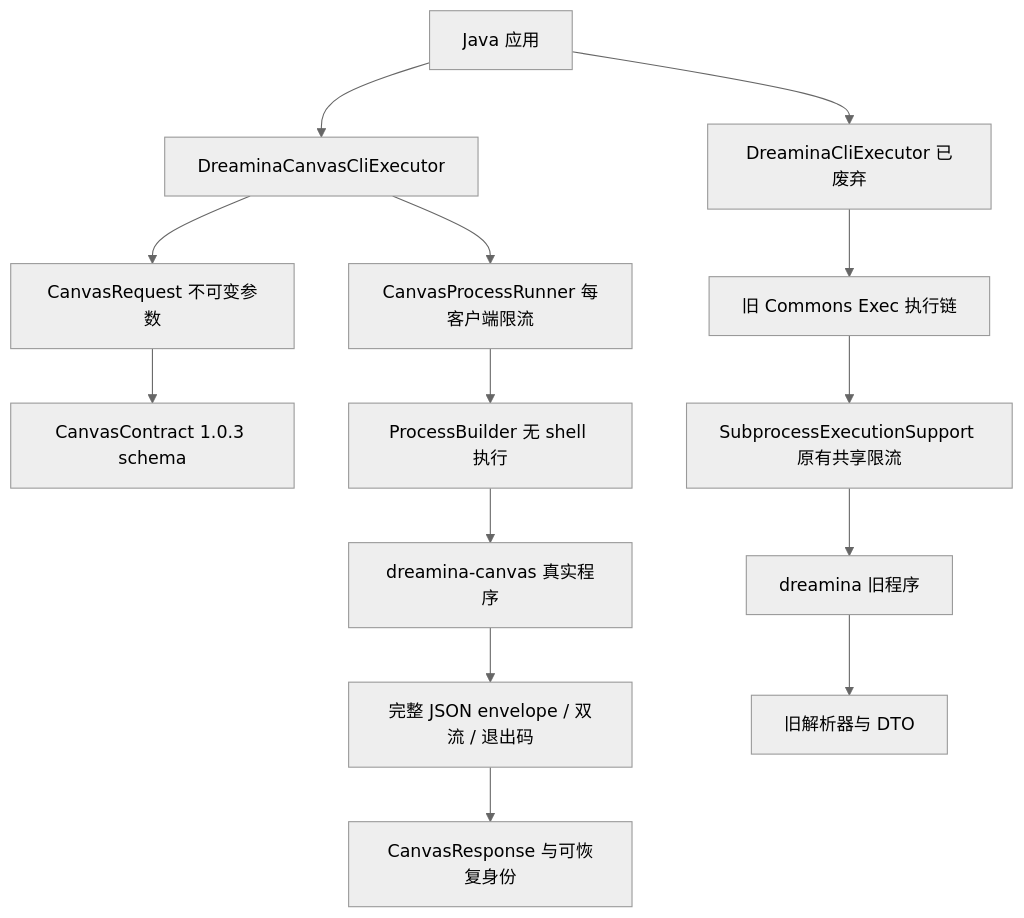
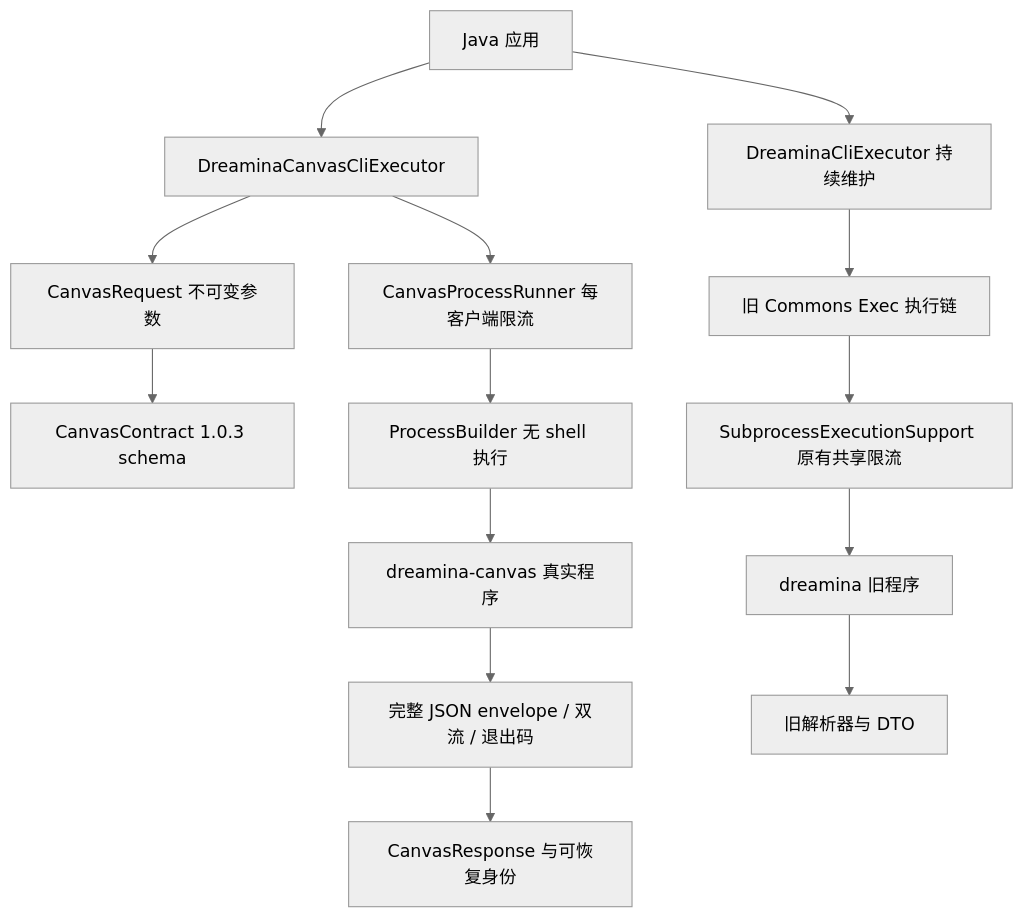
One commit to easy-4-java/dreamina-java-sdk changed the diagram in docs/DREAMINA_CANVAS_ACCEPTANCE.md. Above: the diagram before and after it, drawn with Mermaid (neutral theme). The commit also changed other lines of this file and 255 other files, not shown here.

Commit message:
feat: align Dreamina CLI contracts and canvas 1.2.0 support

````diff
--- a/docs/DREAMINA_CANVAS_ACCEPTANCE.md
+++ b/docs/DREAMINA_CANVAS_ACCEPTANCE.md
@@ -23,16 +24,16 @@
 ```mermaid
 flowchart TB
     App[Java 应用] --> Canvas[DreaminaCanvasCliExecutor]
-    App --> Legacy[DreaminaCliExecutor 已废弃]
+    App --> Legacy[DreaminaCliExecutor 持续维护]
     Canvas --> Request[CanvasRequest 不可变参数]
     Request --> Contract[CanvasContract 1.0.3 schema]
     Canvas --> Runner[CanvasProcessRunner 每客户端限流]
     Runner --> Process[ProcessBuilder 无 shell 执行]
     Process --> Binary[dreamina-canvas 真实程序]
     Binary --> Envelope[完整 JSON envelope / 双流 / 退出码]
     Envelope --> Response[CanvasResponse 与可恢复身份]
     Legacy --> Commons[旧 Commons Exec 执行链]
     Commons --> Shared[SubprocessExecutionSupport 原有共享限流]
     Shared --> Old[dreamina 旧程序]
     Old --> Parser[旧解析器与 DTO]
 ```
````
